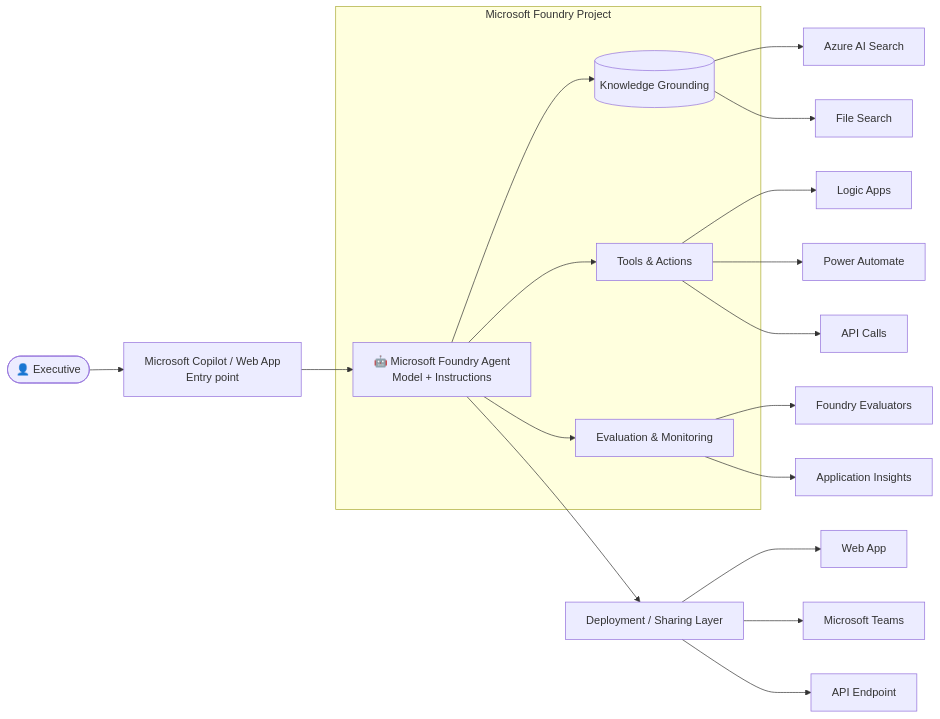
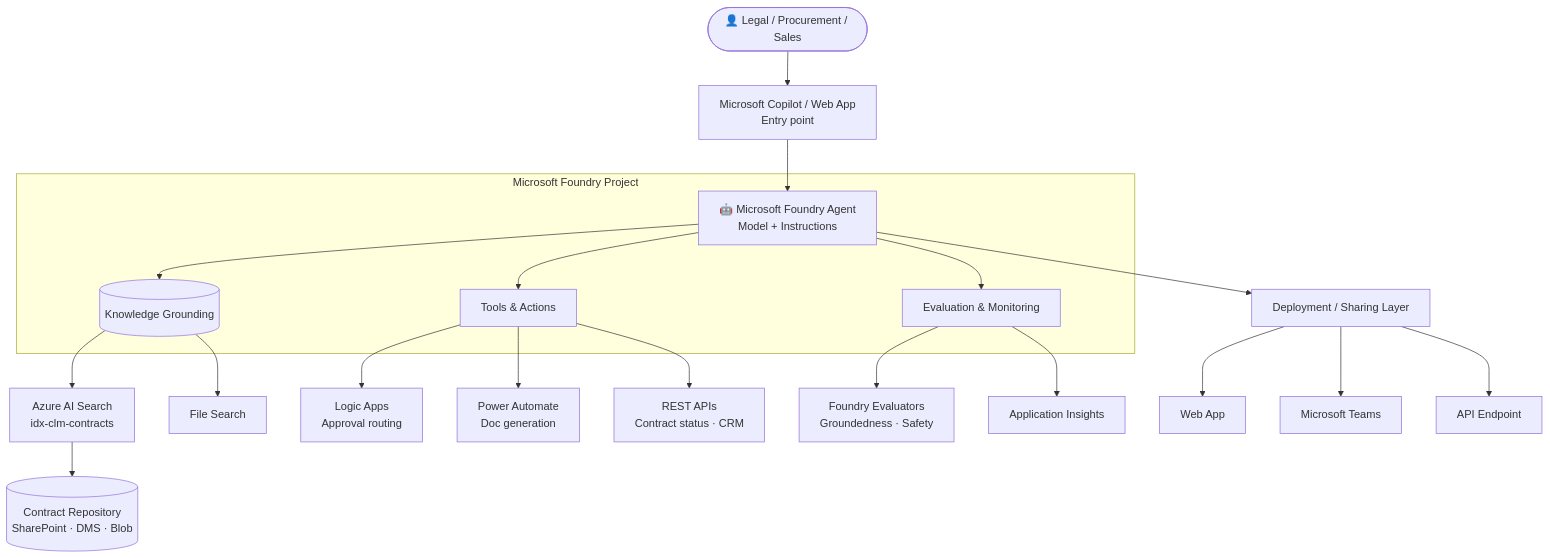
The third of 3 diagrams in landing-page.md (priyanka405/MS-Foundry-Microhack), drawn with Mermaid before and after one commit. The commit also changed other lines of this file and 9 other files, not shown here.

Commit message:
Refactor: Executive Assistant -> Contract Lifecycle Management (CLM) Agent MicroHack

````diff
--- a/landing-page.md
+++ b/landing-page.md
@@ -72,26 +82,27 @@
 ```mermaid
-flowchart LR
-    User([👤 Executive]) --> Entry[Microsoft Copilot / Web App<br/>Entry point]
+flowchart TD
+    User([👤 Legal / Procurement / Sales]) --> Entry[Microsoft Copilot / Web App<br/>Entry point]
     Entry --> Agent[🤖 Microsoft Foundry Agent<br/>Model + Instructions]
 
     subgraph FoundryProject[Microsoft Foundry Project]
         Agent --> KG[(Knowledge Grounding)]
         Agent --> Tools[Tools & Actions]
         Agent --> Eval[Evaluation & Monitoring]
     end
 
-    KG --> Search[Azure AI Search]
+    KG --> Search[Azure AI Search<br/>idx-clm-contracts]
     KG --> FileSearch[File Search]
+    Search --> Repo[(Contract Repository<br/>SharePoint · DMS · Blob)]
 
-    Tools --> Logic[Logic Apps]
-    Tools --> Power[Power Automate]
-    Tools --> API[API Calls]
+    Tools --> Logic[Logic Apps<br/>Approval routing]
+    Tools --> Power[Power Automate<br/>Doc generation]
+    Tools --> API[REST APIs<br/>Contract status · CRM]
 
-    Eval --> Evaluators[Foundry Evaluators]
+    Eval --> Evaluators[Foundry Evaluators<br/>Groundedness · Safety]
     Eval --> AppInsights[Application Insights]
 
     Agent --> Deploy[Deployment / Sharing Layer]
     Deploy --> Web[Web App]
     Deploy --> Teams[Microsoft Teams]
     Deploy --> Endpoint[API Endpoint]
 ```
````
